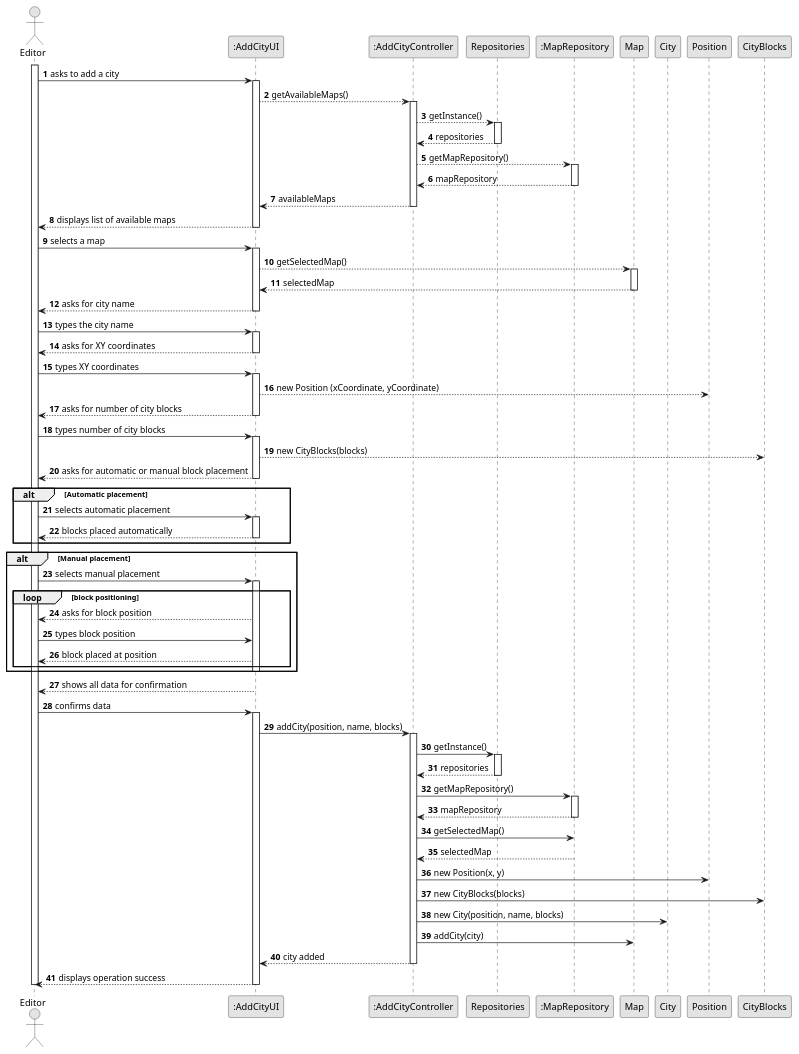
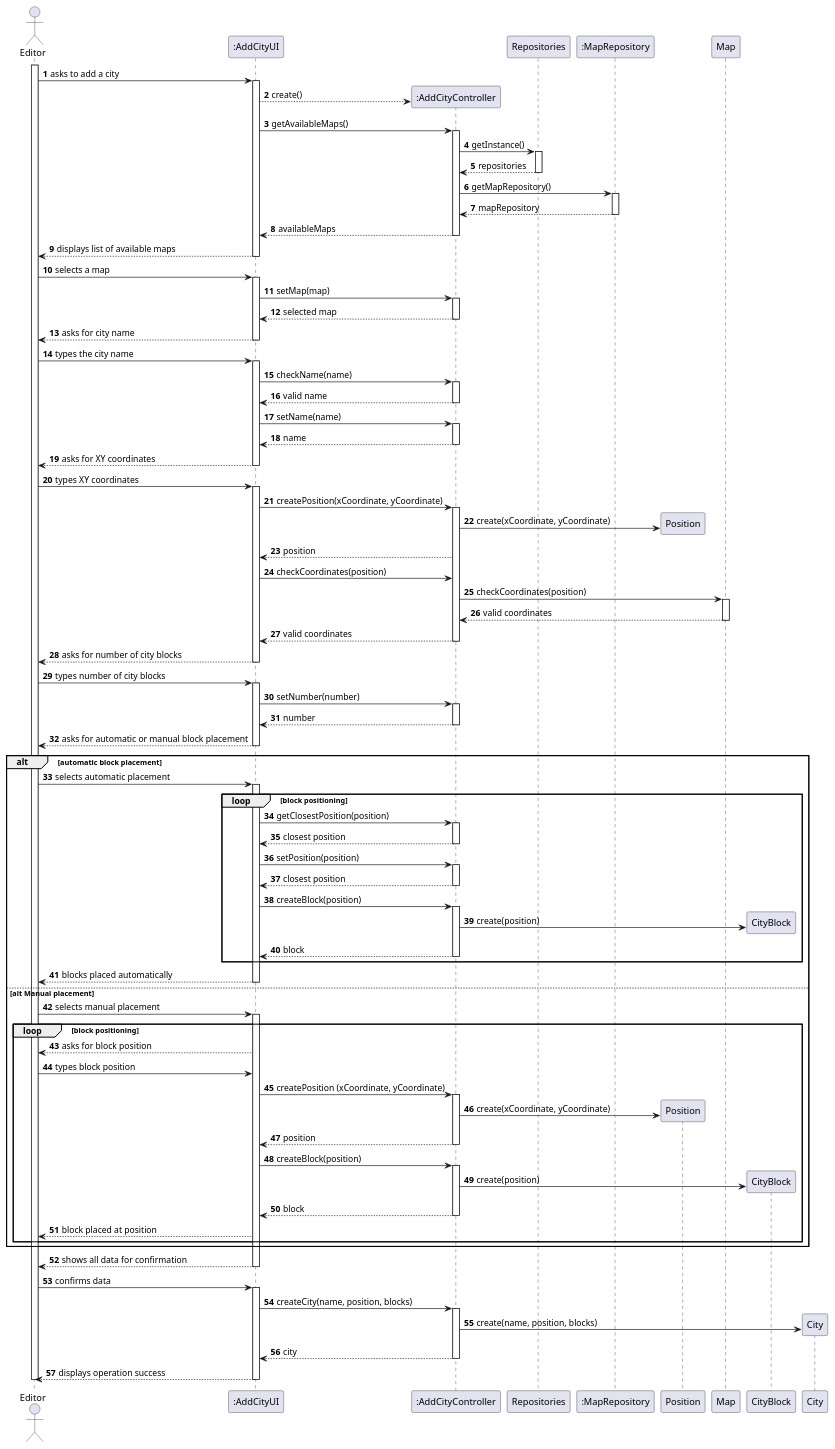
The diagram in Sprint2/US003/03.design/puml/US003-SD-full.puml (1240935/pi2-railway-simulator), drawn with PlantUML before and after one commit. The commit also changed 24 other files, not shown here.

```diff
--- a/Sprint2/US003/03.design/puml/US003-SD-full.puml
+++ b/Sprint2/US003/03.design/puml/US003-SD-full.puml
@@ -1,119 +1,155 @@
 @startuml
-skinparam monochrome true
+'skinparam monochrome true
 skinparam packageStyle rectangle
 skinparam shadowing false
 
 autonumber
 
 actor "Editor" as EDITOR
 participant ":AddCityUI" as UI
 participant ":AddCityController" as CTRL
 participant "Repositories" as REPOS
 participant ":MapRepository" as MAP_REPOS
+participant "Position" as PSTN
 participant "Map" as MAP
+participant "CityBlock" as BLOCK
 participant "City" as CITY
-participant "Position" as PSTN
-participant "CityBlocks" as CITY_BCK
 
 activate EDITOR
 
     EDITOR -> UI : asks to add a city
     activate UI
-        UI --> CTRL : getAvailableMaps()
+        UI --> CTRL** : create()
+        UI -> CTRL : getAvailableMaps()
             activate CTRL
-            CTRL --> REPOS : getInstance()
+            CTRL -> REPOS : getInstance()
                 activate REPOS
                 REPOS --> CTRL : repositories
                 deactivate REPOS
-            CTRL --> MAP_REPOS : getMapRepository()
+            CTRL -> MAP_REPOS : getMapRepository()
                 activate MAP_REPOS
                 MAP_REPOS --> CTRL : mapRepository
                 deactivate MAP_REPOS
              CTRL --> UI : availableMaps
             deactivate CTRL
 
 
 
         UI --> EDITOR : displays list of available maps
     deactivate UI
 
     EDITOR -> UI : selects a map
     activate UI
-    UI --> MAP : getSelectedMap()
-        activate MAP
-        MAP --> UI : selectedMap
-        deactivate MAP
+    UI -> CTRL : setMap(map)
+        activate CTRL
+        CTRL --> UI : selected map
+        deactivate CTRL
         UI --> EDITOR : asks for city name
     deactivate UI
 
     EDITOR -> UI : types the city name
     activate UI
+    UI -> CTRL : checkName(name)
+    activate CTRL
+    CTRL --> UI : valid name
+    deactivate CTRL
+    UI -> CTRL: setName(name)
+    activate CTRL
+    CTRL --> UI: name
+    deactivate CTRL
         UI --> EDITOR : asks for XY coordinates
     deactivate UI
 
     EDITOR -> UI : types XY coordinates
     activate UI
-        UI --> PSTN : new Position (xCoordinate, yCoordinate)
+        UI -> CTRL : createPosition(xCoordinate, yCoordinate)
+        activate CTRL
+        CTRL -> PSTN** : create(xCoordinate, yCoordinate)
+        CTRL --> UI : position
+         UI -> CTRL: checkCoordinates(position)
+
+            CTRL -> MAP : checkCoordinates(position)
+            activate MAP
+
+            MAP --> CTRL : valid coordinates
+            deactivate MAP
+
+            CTRL --> UI : valid coordinates
+            deactivate CTRL
+
         UI --> EDITOR : asks for number of city blocks
     deactivate UI
 
     EDITOR -> UI : types number of city blocks
     activate UI
-        UI --> CITY_BCK : new CityBlocks(blocks)
+        UI -> CTRL : setNumber(number)
+        activate CTRL
+        CTRL --> UI : number
+        deactivate CTRL
         UI --> EDITOR : asks for automatic or manual block placement
     deactivate UI
 
-    alt Automatic placement
+    alt automatic block placement
         EDITOR -> UI : selects automatic placement
         activate UI
+
+        loop block positioning
+            UI -> CTRL: getClosestPosition(position)
+            activate CTRL
+            CTRL --> UI: closest position
+            deactivate CTRL
+            UI -> CTRL: setPosition(position)
+            activate CTRL
+            CTRL --> UI: closest position
+            deactivate CTRL
+            UI -> CTRL: createBlock(position)
+            activate CTRL
+            CTRL -> BLOCK** : create(position)
+            CTRL --> UI: block
+            deactivate CTRL
+        end loop
+
             UI --> EDITOR : blocks placed automatically
         deactivate UI
-    end alt
-
-    alt Manual placement
+    else alt Manual placement
         EDITOR -> UI : selects manual placement
         activate UI
 
         loop block positioning
             UI --> EDITOR : asks for block position
             EDITOR -> UI : types block position
-            UI --> EDITOR : block placed at position
+        UI -> CTRL : createPosition (xCoordinate, yCoordinate)
+        activate CTRL
+        CTRL -> PSTN** : create(xCoordinate, yCoordinate)
+        CTRL --> UI : position
+        deactivate CTRL
+         UI -> CTRL: createBlock(position)
+                    activate CTRL
+                    CTRL -> BLOCK** : create(position)
+                    CTRL --> UI: block
+                    deactivate CTRL
+
+        UI --> EDITOR : block placed at position
+
         end loop
 
-        deactivate UI
     end alt
 
     UI --> EDITOR : shows all data for confirmation
 
+    deactivate UI
+
     EDITOR -> UI : confirms data
     activate UI
 
-        UI -> CTRL : addCity(position, name, blocks)
+        UI -> CTRL : createCity(name, position, blocks)
         activate CTRL
-
-            CTRL -> REPOS : getInstance()
-            activate REPOS
-                REPOS --> CTRL : repositories
-            deactivate REPOS
-
-            CTRL -> MAP_REPOS : getMapRepository()
-            activate MAP_REPOS
-                MAP_REPOS --> CTRL : mapRepository
-            deactivate MAP_REPOS
-
-            CTRL -> MAP_REPOS : getSelectedMap()
-                MAP_REPOS --> CTRL : selectedMap
-
-            CTRL -> PSTN : new Position(x, y)
-            CTRL -> CITY_BCK : new CityBlocks(blocks)
-            CTRL -> CITY : new City(position, name, blocks)
-
-            CTRL -> MAP : addCity(city)
-            CTRL --> UI : city added
+        CTRL -> CITY** : create(name, position, blocks)
+        CTRL --> UI: city
         deactivate CTRL
 
         UI --> EDITOR : displays operation success
     deactivate UI
 
 deactivate EDITOR
 @enduml
```
